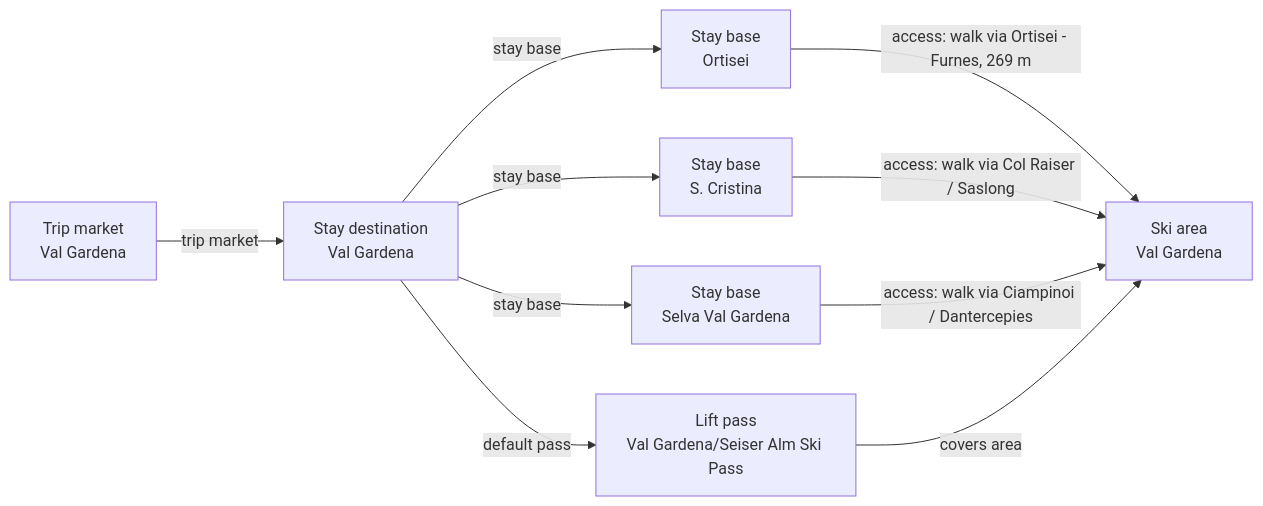
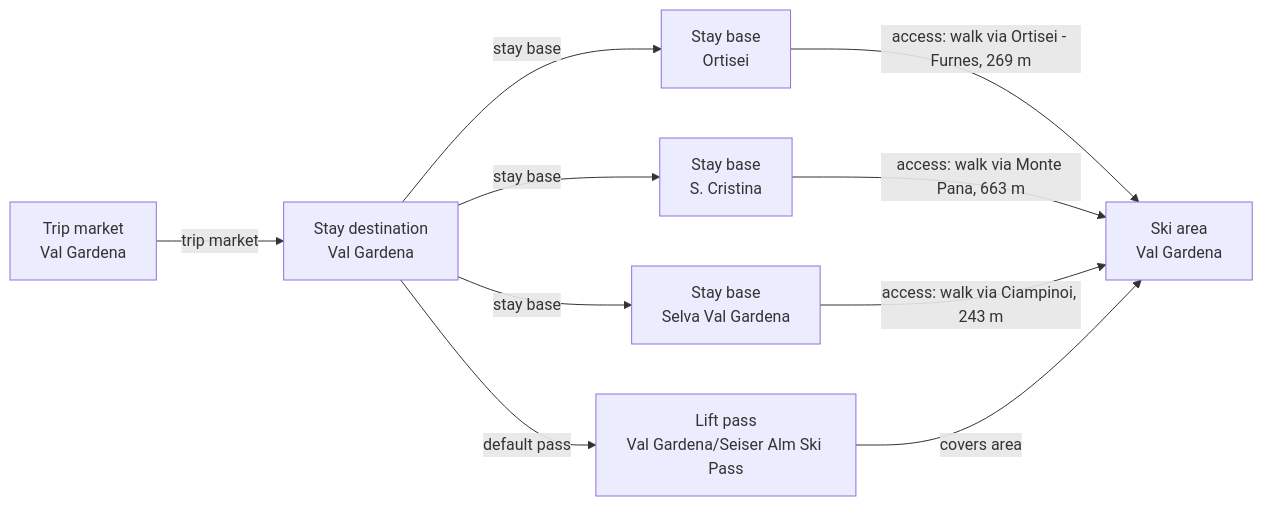
Before and after one commit to lampssy/ai-sports-travel-planner: the diagram in docs/catalog-curation/2026-07-05-val-gardena-v2-enrichment.md, drawn with Mermaid. The commit also changed other lines of this file and 3 other files, not shown here.

````diff
--- a/docs/catalog-curation/2026-07-05-val-gardena-v2-enrichment.md
+++ b/docs/catalog-curation/2026-07-05-val-gardena-v2-enrichment.md
@@ -7,19 +7,19 @@
 ```mermaid
 flowchart LR
   region_1["Trip market<br/>Val Gardena"]
   destination_1["Stay destination<br/>Val Gardena"]
   base_1["Stay base<br/>Ortisei"]
   base_2["Stay base<br/>S. Cristina"]
   base_3["Stay base<br/>Selva Val Gardena"]
   area_1["Ski area<br/>Val Gardena"]
   pass_1["Lift pass<br/>Val Gardena/Seiser Alm Ski Pass"]
   region_1 -->|"trip market"| destination_1
   destination_1 -->|"stay base"| base_1
   destination_1 -->|"stay base"| base_2
   destination_1 -->|"stay base"| base_3
   base_1 -->|"access: walk via Ortisei - Furnes, 269 m"| area_1
-  base_2 -->|"access: walk via Col Raiser / Saslong"| area_1
-  base_3 -->|"access: walk via Ciampinoi / Dantercepies"| area_1
+  base_2 -->|"access: walk via Monte Pana, 663 m"| area_1
+  base_3 -->|"access: walk via Ciampinoi, 243 m"| area_1
   destination_1 -->|"default pass"| pass_1
   pass_1 -->|"covers area"| area_1
 ```
````
